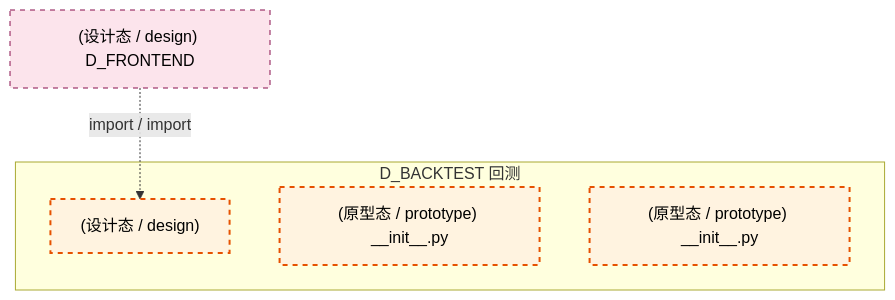
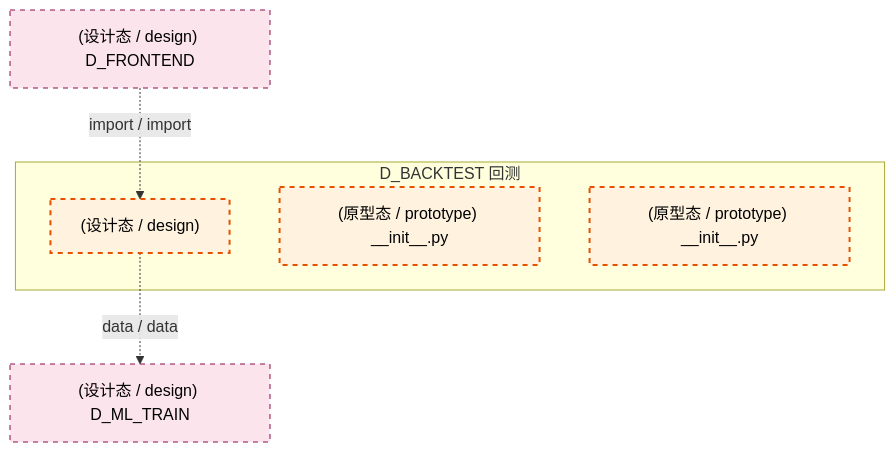
One commit to xuanFelixVan/ZephyrAlpha changed the second of 6 diagrams in docs/02_enterprise_architecture/02_domain_architecture_docs/30_d_backtest.md. Above: the diagram before and after it, drawn with Mermaid. The commit also changed other lines of this file and 125 other files, not shown here.

````diff
--- a/docs/02_enterprise_architecture/02_domain_architecture_docs/30_d_backtest.md
+++ b/docs/02_enterprise_architecture/02_domain_architecture_docs/30_d_backtest.md
@@ -220,16 +220,18 @@
 ```mermaid
 graph TD
     subgraph D_BACKTEST["D_BACKTEST 回测"]
         src_zephyr_backtest_io_result_repository_py["(设计态 / design) "]
         src_zephyr_backtest_models_init_py["(原型态 / prototype) __init__.py"]
         src_zephyr_backtest_services_init_py["(原型态 / prototype) __init__.py"]
     end
+    D_ML_TRAIN["(设计态 / design) D_ML_TRAIN"]
+    src_zephyr_backtest_io_result_repository_py -.->|data / data| D_ML_TRAIN
     D_FRONTEND["(设计态 / design) D_FRONTEND"]
     D_FRONTEND -.->|import / import| src_zephyr_backtest_io_result_repository_py
     classDef production fill:#e1f5fe,stroke:#01579b,stroke-width:2px,color:#000
     classDef design fill:#fff3e0,stroke:#e65100,stroke-width:2px,color:#000,stroke-dasharray: 5 5
     classDef external_prod fill:#e8f5e9,stroke:#1b5e20,stroke-width:1px,color:#000
     classDef external_design fill:#fce4ec,stroke:#880e4f,stroke-width:1px,color:#000,stroke-dasharray: 5 5
     class src_zephyr_backtest_io_result_repository_py,src_zephyr_backtest_models_init_py,src_zephyr_backtest_services_init_py design
-    class D_FRONTEND external_design
+    class D_ML_TRAIN,D_FRONTEND external_design
 ```
````
